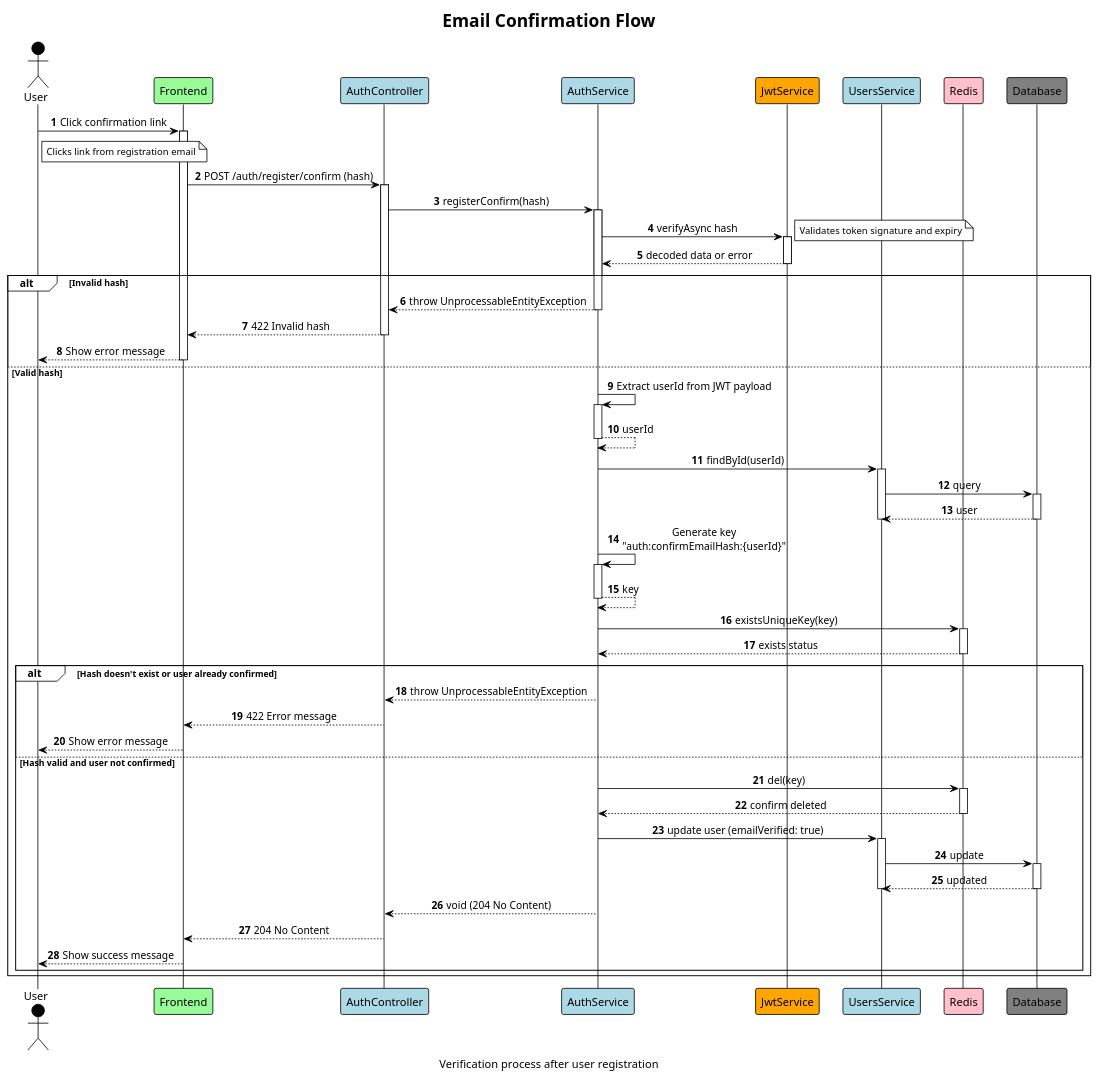
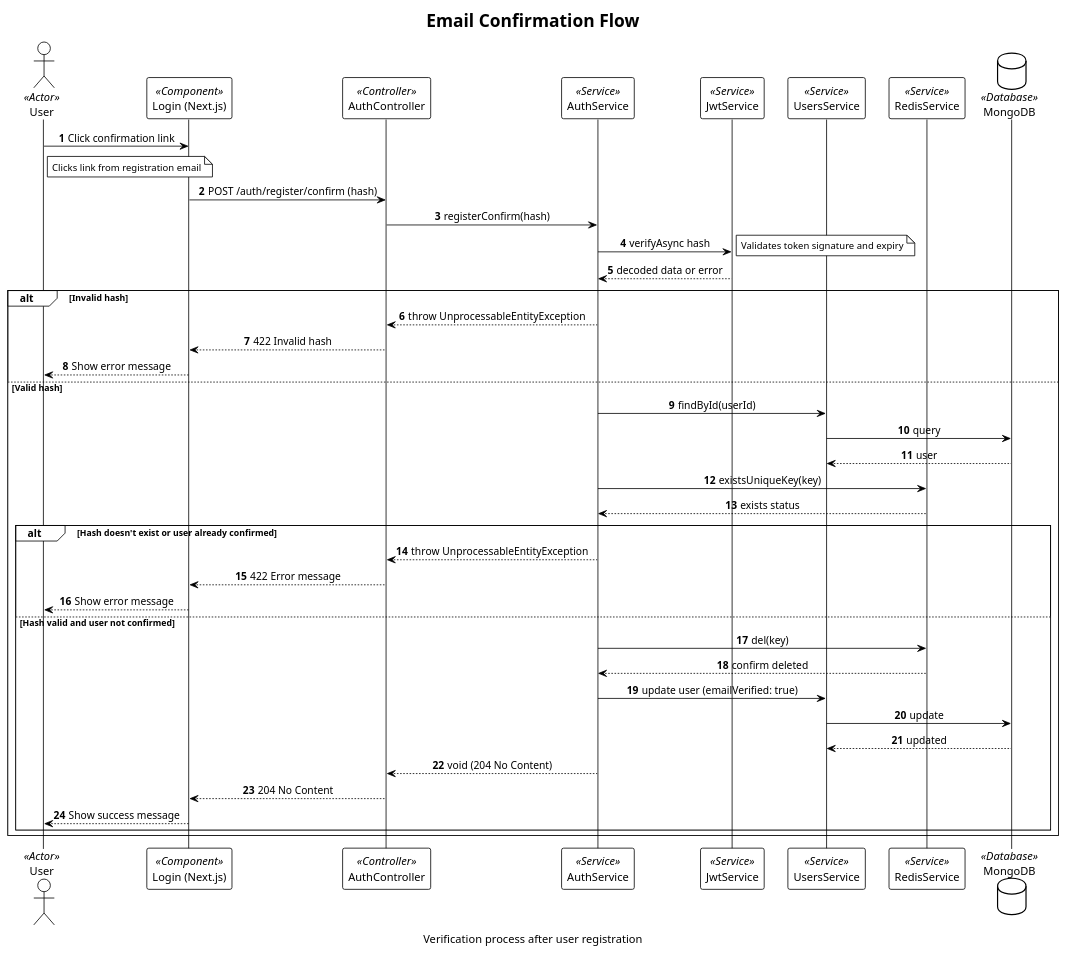
One commit to lehuygiang28/vphim changed the diagram in documents/diagram/sequences/auth/auth-email-confirmation-flow.puml. Above: the diagram before and after it, drawn with PlantUML. The commit also changed 43 other files, not shown here.

First line of the commit message:
refactor(diagrams): 🛠️ update sequence diagrams

```diff
--- a/documents/diagram/sequences/auth/auth-email-confirmation-flow.puml
+++ b/documents/diagram/sequences/auth/auth-email-confirmation-flow.puml
@@ -1,69 +1,63 @@
 @startuml Email Confirmation Flow
 !theme plain
 skinparam sequenceMessageAlign center
 skinparam maxMessageSize 250
 skinparam noteFontSize 12
 skinparam BoxPadding 10
 
 autonumber
 
 title Email Confirmation Flow
 caption Verification process after user registration
 
-actor User #Black
-participant "Frontend" as FE #PaleGreen
-participant "AuthController" as AC #LightBlue
-participant "AuthService" as AS #LightBlue
-participant "JwtService" as JWT #Orange
-participant "UsersService" as US #LightBlue
-participant "Redis" as Redis #Pink
-participant "Database" as DB #Gray
+actor User <<Actor>>
+participant "Login (Next.js)" as LoginComponent <<Component>>
+participant "AuthController" as AuthController <<Controller>>
+participant "AuthService" as AuthService <<Service>>
+participant "JwtService" as JwtService <<Service>>
+participant "UsersService" as UsersService <<Service>>
+participant "RedisService" as RedisService <<Service>>
+database "MongoDB" as DB <<Database>>
 
-User -> FE ++ : Click confirmation link
+User -> LoginComponent: Click confirmation link
 note right of User: Clicks link from registration email
-FE -> AC ++ : POST /auth/register/confirm (hash)
-AC -> AS ++ : registerConfirm(hash)
+LoginComponent -> AuthController: POST /auth/register/confirm (hash)
+AuthController -> AuthService: registerConfirm(hash)
 
-AS -> JWT ++ : verifyAsync hash
+AuthService -> JwtService: verifyAsync hash
 note right: Validates token signature and expiry
 return decoded data or error
 
 alt Invalid hash
-    AS --> AC -- : throw UnprocessableEntityException
-    AC --> FE -- : 422 Invalid hash
-    FE --> User -- : Show error message
+    AuthService --> AuthController: throw UnprocessableEntityException
+    AuthController --> LoginComponent: 422 Invalid hash
+    LoginComponent --> User: Show error message
 else Valid hash
-    AS -> AS ++ : Extract userId from JWT payload
-    return userId
+    AuthService -> UsersService: findById(userId)
+    UsersService -> DB: query
+    return user
+    deactivate UsersService
 
-    AS -> US ++ : findById(userId)
-    US -> DB ++ : query
-    return user
-    deactivate US
-
-    AS -> AS ++ : Generate key "auth:confirmEmailHash:{userId}"
-    return key
-
-    AS -> Redis ++ : existsUniqueKey(key)
+    AuthService -> RedisService: existsUniqueKey(key)
     return exists status
 
     alt Hash doesn't exist or user already confirmed
-        AS --> AC -- : throw UnprocessableEntityException
-        AC --> FE -- : 422 Error message
-        FE --> User -- : Show error message
+        AuthService --> AuthController: throw UnprocessableEntityException
+        AuthController --> LoginComponent: 422 Error message
+        LoginComponent --> User: Show error message
     else Hash valid and user not confirmed
-        AS -> Redis ++ : del(key)
+        AuthService -> RedisService: del(key)
         return confirm deleted
 
-        AS -> US ++ : update user (emailVerified: true)
-        US -> DB ++ : update
+        AuthService -> UsersService: update user (emailVerified: true)
+        UsersService -> DB: update
         return updated
-        deactivate US
+        deactivate UsersService
 
-        AS --> AC -- : void (204 No Content)
-        AC --> FE -- : 204 No Content
-        FE --> User -- : Show success message
+        AuthService --> AuthController: void (204 No Content)
+        AuthController --> LoginComponent: 204 No Content
+        LoginComponent --> User: Show success message
     end
 end
 
 @enduml
```
